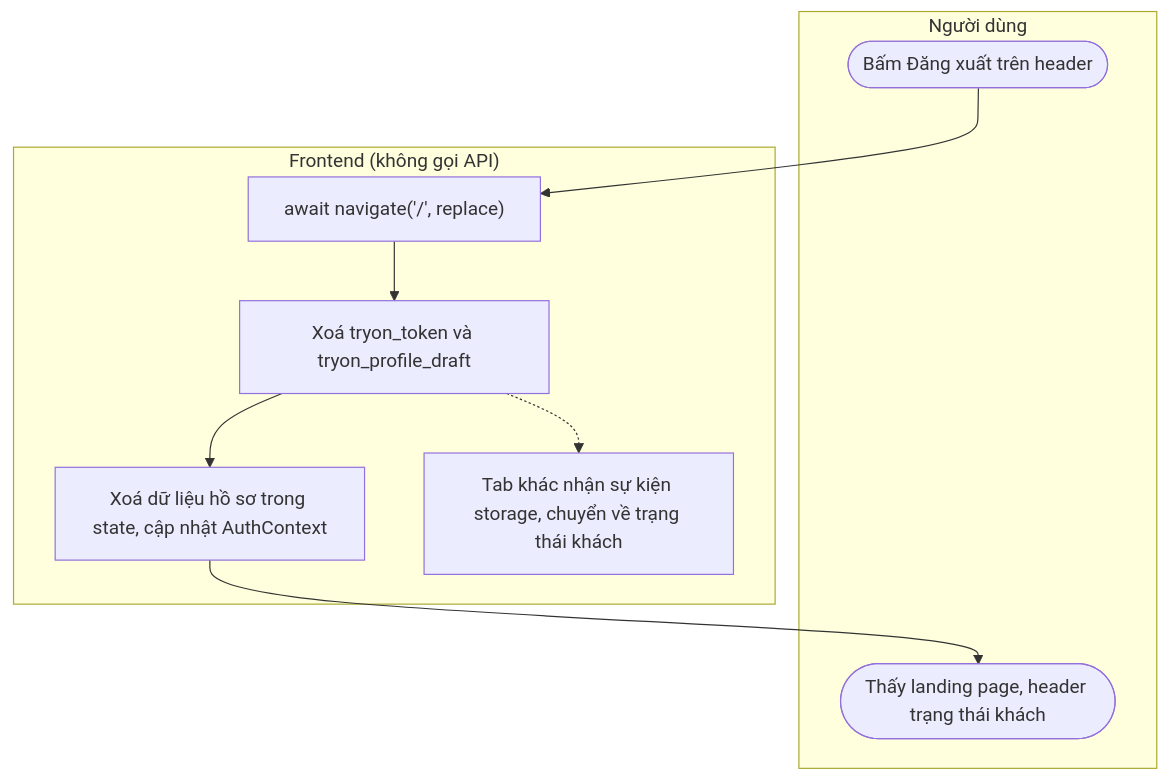
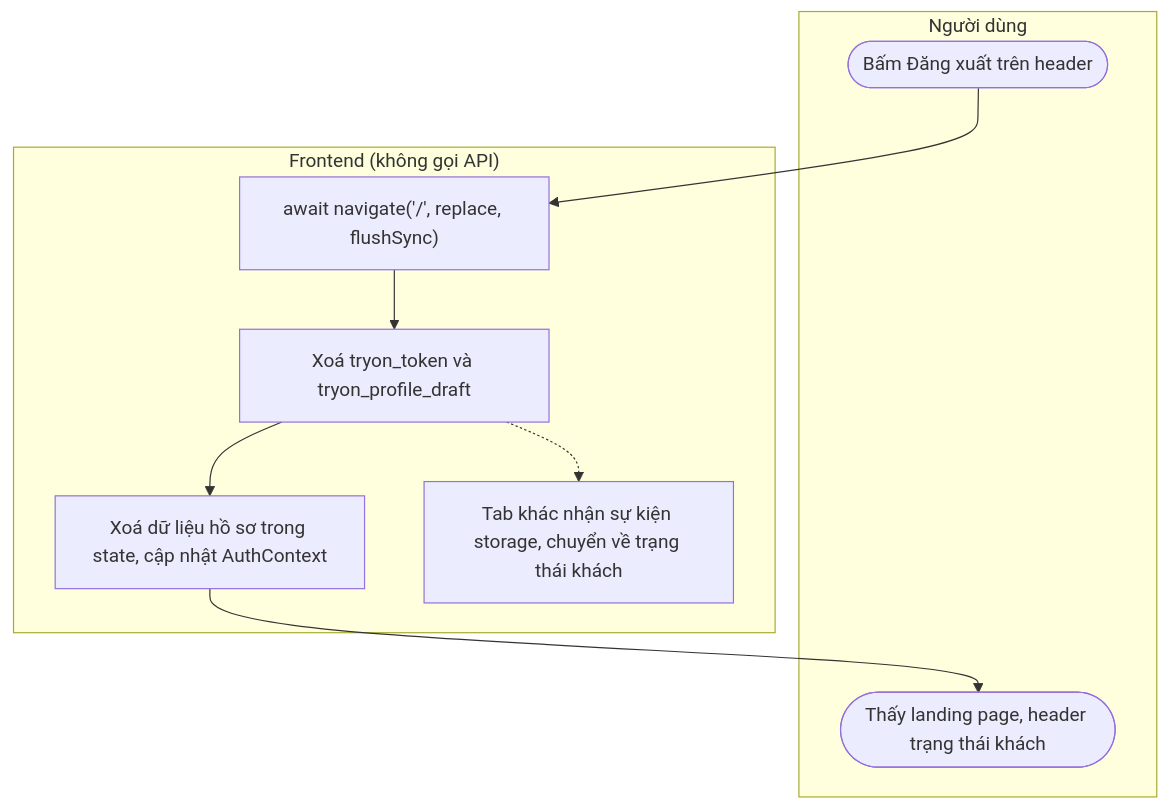
One commit to aehuy12345/try-on-claude changed the second of 2 diagrams in try-on-claude/design/flows/logout-protected-routes.md. Above: the diagram before and after it, drawn with Mermaid. The commit also changed other lines of this file and 19 other files, not shown here.

````diff
--- a/try-on-claude/design/flows/logout-protected-routes.md
+++ b/try-on-claude/design/flows/logout-protected-routes.md
@@ -83,20 +83,20 @@
 ```mermaid
 flowchart TD
     subgraph U["Người dùng"]
         U1(["Bấm Đăng xuất trên header"])
         U2(["Thấy landing page, header trạng thái khách"])
     end
 
     subgraph F["Frontend (không gọi API)"]
-        F1["await navigate('/', replace)"]
+        F1["await navigate('/', replace, flushSync)"]
         F2["Xoá tryon_token và tryon_profile_draft"]
         F3["Xoá dữ liệu hồ sơ trong state, cập nhật AuthContext"]
         F4["Tab khác nhận sự kiện storage, chuyển về trạng thái khách"]
     end
 
     U1 --> F1
     F1 --> F2
     F2 --> F3
     F3 --> U2
     F2 -.-> F4
 ```
````
